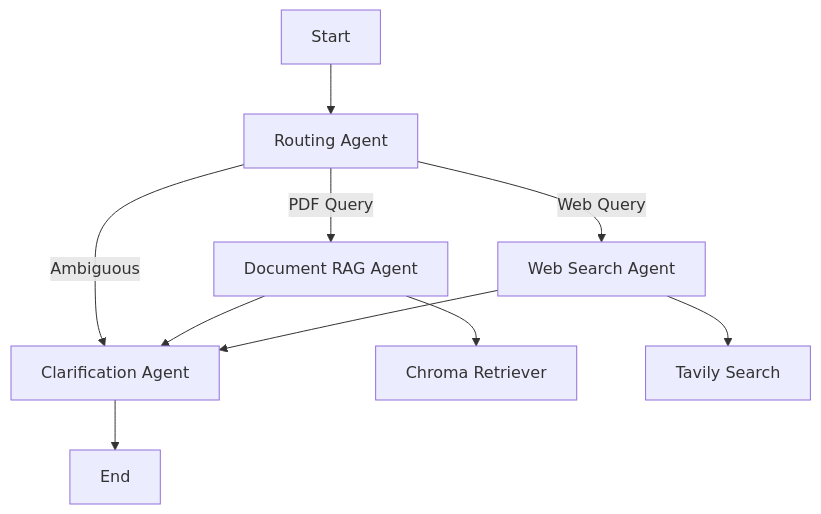
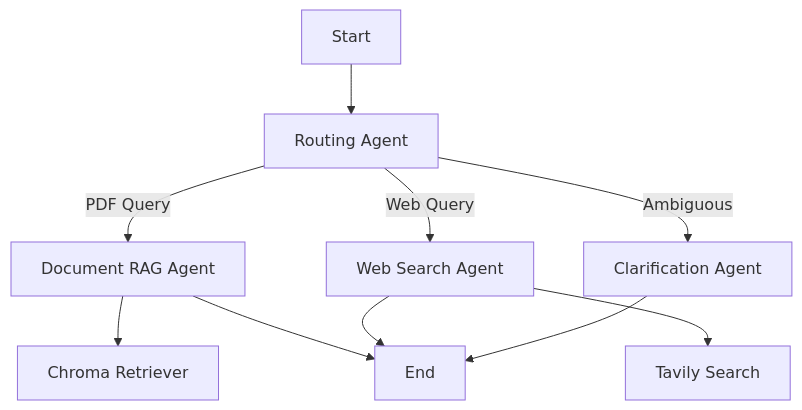
The diagram in README.md (rifankurnia/arc-chatpdf), drawn with Mermaid before and after one commit. The commit also changed other lines of this file and 20 other files, not shown here.

````diff
--- a/README.md
+++ b/README.md
@@ -18,12 +20,12 @@
 ```mermaid
 flowchart TD
     Start["Start"] --> RoutingAgent["Routing Agent"]
     RoutingAgent -->|"PDF Query"| DocumentRAG["Document RAG Agent"]
     RoutingAgent -->|"Web Query"| WebSearchRAG["Web Search Agent"]
     RoutingAgent -->|"Ambiguous"| ClarificationAgent["Clarification Agent"]
     DocumentRAG --> Chroma["Chroma Retriever"]
-    DocumentRAG --> ClarificationAgent
+    DocumentRAG --> End["End"]
     WebSearchRAG --> Tavily["Tavily Search"]
-    WebSearchRAG --> ClarificationAgent
+    WebSearchRAG --> End["End"]
     ClarificationAgent --> End["End"]
 ```
````
